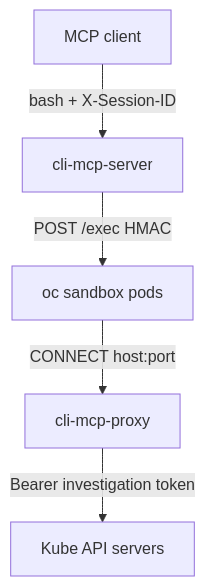
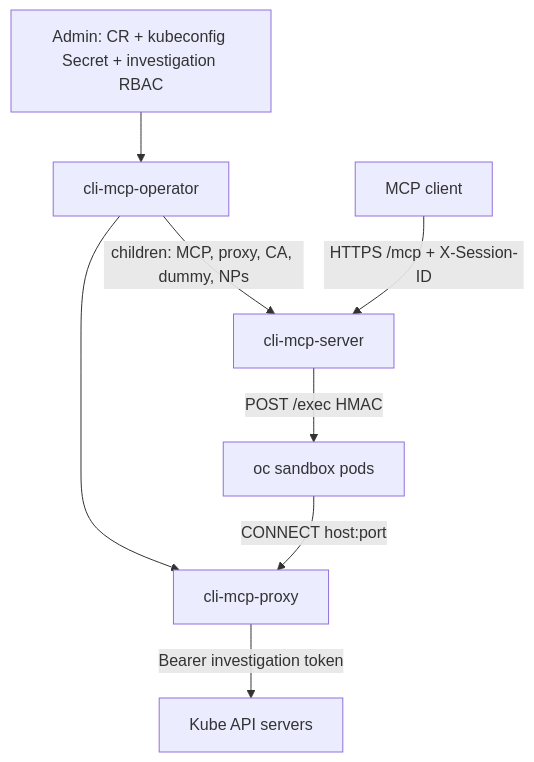
Before and after one commit to codeready-toolchain/cli-mcp-operator: the diagram in docs/proposals/credential-proxy-design.md, drawn with Mermaid. The commit also changed other lines of this file and 3 other files, not shown here.

````diff
--- a/docs/proposals/credential-proxy-design.md
+++ b/docs/proposals/credential-proxy-design.md
@@ -86,13 +88,18 @@
 ```mermaid
 flowchart TB
+  Admin["Admin: CR + kubeconfig Secret + investigation RBAC"]
+  Op["cli-mcp-operator"]
   Client["MCP client"]
   MCP["cli-mcp-server"]
   Sandbox["oc sandbox pods"]
   Proxy["cli-mcp-proxy"]
   API["Kube API servers"]
 
-  Client -->|"bash + X-Session-ID"| MCP
+  Admin --> Op
+  Op -->|"children: MCP, proxy, CA, dummy, NPs"| MCP
+  Op --> Proxy
+  Client -->|"HTTPS /mcp + X-Session-ID"| MCP
   MCP -->|"POST /exec HMAC"| Sandbox
   Sandbox -->|"CONNECT host:port"| Proxy
   Proxy -->|"Bearer investigation token"| API
 ```
````
